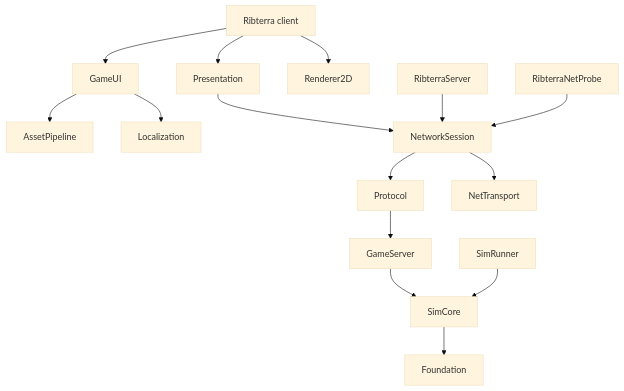
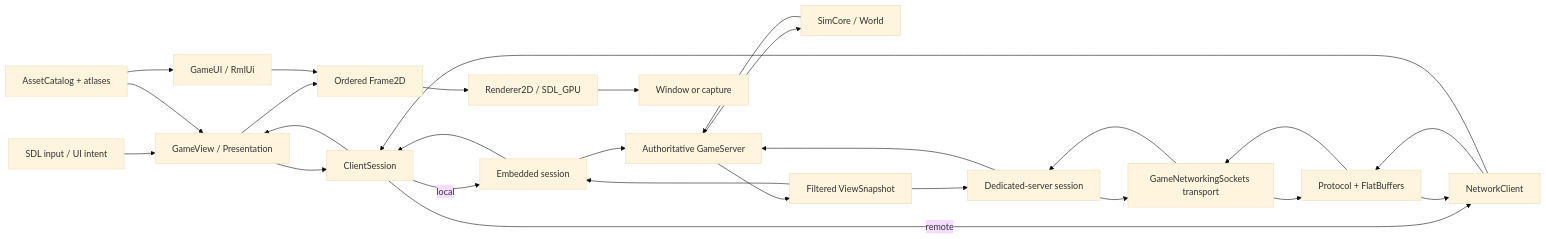
Before and after one commit to fipsyatina/ribterra-engine: the diagram in README.md, drawn with Mermaid (base theme). The commit also changed other lines of this file and 180 other files, not shown here.

````diff
--- a/README.md
+++ b/README.md
@@ -95,17 +100,29 @@
 ```mermaid
-flowchart TD
-    Client[Ribterra client] --> UI[GameUI]
-    Client --> View[Presentation]
-    Client --> Renderer[Renderer2D]
-    UI --> Assets[AssetPipeline]
-    UI --> Locale[Localization]
-    View --> Session[NetworkSession]
-    Dedicated[RibterraServer] --> Session
-    Probe[RibterraNetProbe] --> Session
-    Session --> Protocol
-    Session --> Transport[NetTransport]
-    Protocol --> Server[GameServer]
-    Server --> Sim[SimCore]
-    Runner[SimRunner] --> Sim
-    Sim --> Foundation
+flowchart LR
+    Input[SDL input / UI intent] --> View[GameView / Presentation]
+    View --> Client[ClientSession]
+    Client -->|local| Embedded[Embedded session]
+    Embedded --> Server[Authoritative GameServer]
+    Client -->|remote| NetClient[NetworkClient]
+    NetClient --> Protocol[Protocol + FlatBuffers]
+    Protocol --> Transport[GameNetworkingSockets transport]
+    Transport --> Dedicated[Dedicated-server session]
+    Dedicated --> Server
+    Server --> Sim[SimCore / World]
+    Sim --> Server
+    Server --> Snapshot[Filtered ViewSnapshot]
+    Snapshot --> Embedded
+    Snapshot --> Dedicated
+    Dedicated --> Transport
+    Transport --> Protocol
+    Protocol --> NetClient
+    Embedded --> Client
+    NetClient --> Client
+    Client --> View
+    View --> Frame[Ordered Frame2D]
+    UI[GameUI / RmlUi] --> Frame
+    Assets[AssetCatalog + atlases] --> View
+    Assets --> UI
+    Frame --> Renderer[Renderer2D / SDL_GPU]
+    Renderer --> Output[Window or capture]
 ```
````
